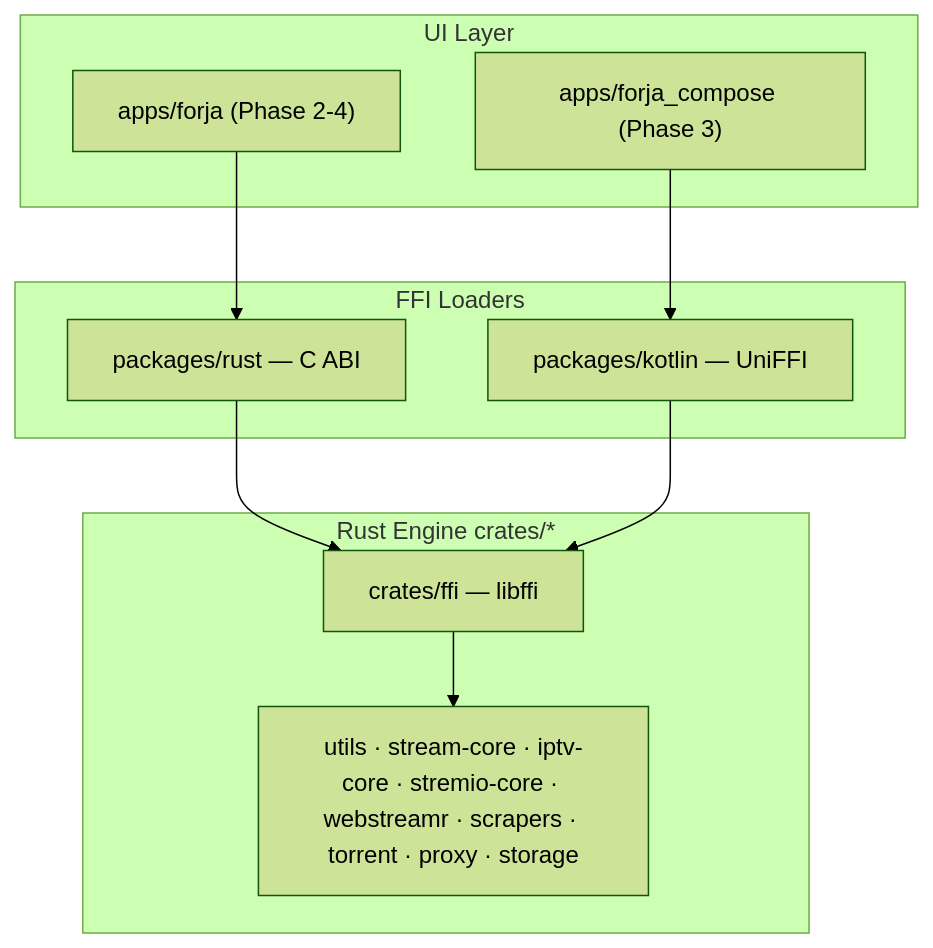
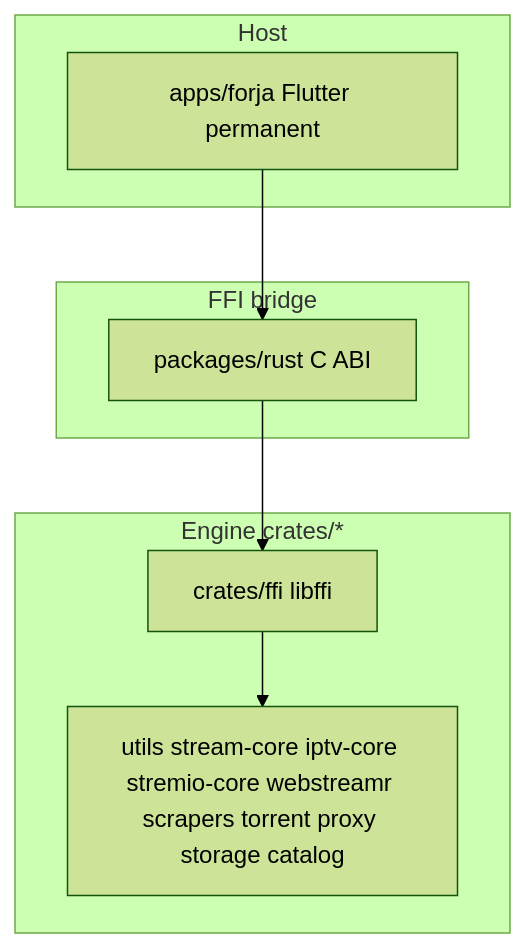
The first of 7 diagrams in docs/ARCHITECTURE.md (mGhassen/Forja), drawn with Mermaid (forest theme) before and after one commit. The commit also changed other lines of this file and 16 other files, not shown here.

Commit message:
refactor: Update Rust migration documentation to clarify engine and host roles, refine package deletion phases, and enhance guidelines for FFI integration and testing requirements; introduce wave-based migration structure for improved clarity

````diff
--- a/docs/ARCHITECTURE.md
+++ b/docs/ARCHITECTURE.md
@@ -29,18 +29,15 @@
 ```mermaid
 flowchart TB
-  subgraph ui [UI Layer]
-    Flutter["apps/forja (Phase 2-4)"]
-    Compose["apps/forja_compose (Phase 3)"]
+  subgraph host [Host]
+    Flutter["apps/forja Flutter permanent"]
   end
-  subgraph ffi [FFI Loaders]
-    DartFFI["packages/rust — C ABI"]
-    KotlinFFI["packages/kotlin — UniFFI"]
+  subgraph bridge [FFI bridge]
+    DartFFI["packages/rust C ABI"]
   end
-  subgraph engine [Rust Engine crates/*]
-    FFICrate["crates/ffi — libffi"]
-    Domain["utils · stream-core · iptv-core · stremio-core · webstreamr · scrapers · torrent · proxy · storage"]
+  subgraph engine [Engine crates/*]
+    FFICrate["crates/ffi libffi"]
+    Domain["utils stream-core iptv-core stremio-core webstreamr scrapers torrent proxy storage catalog"]
     FFICrate --> Domain
   end
   Flutter --> DartFFI --> FFICrate
-  Compose --> KotlinFFI --> FFICrate
 ```
````
